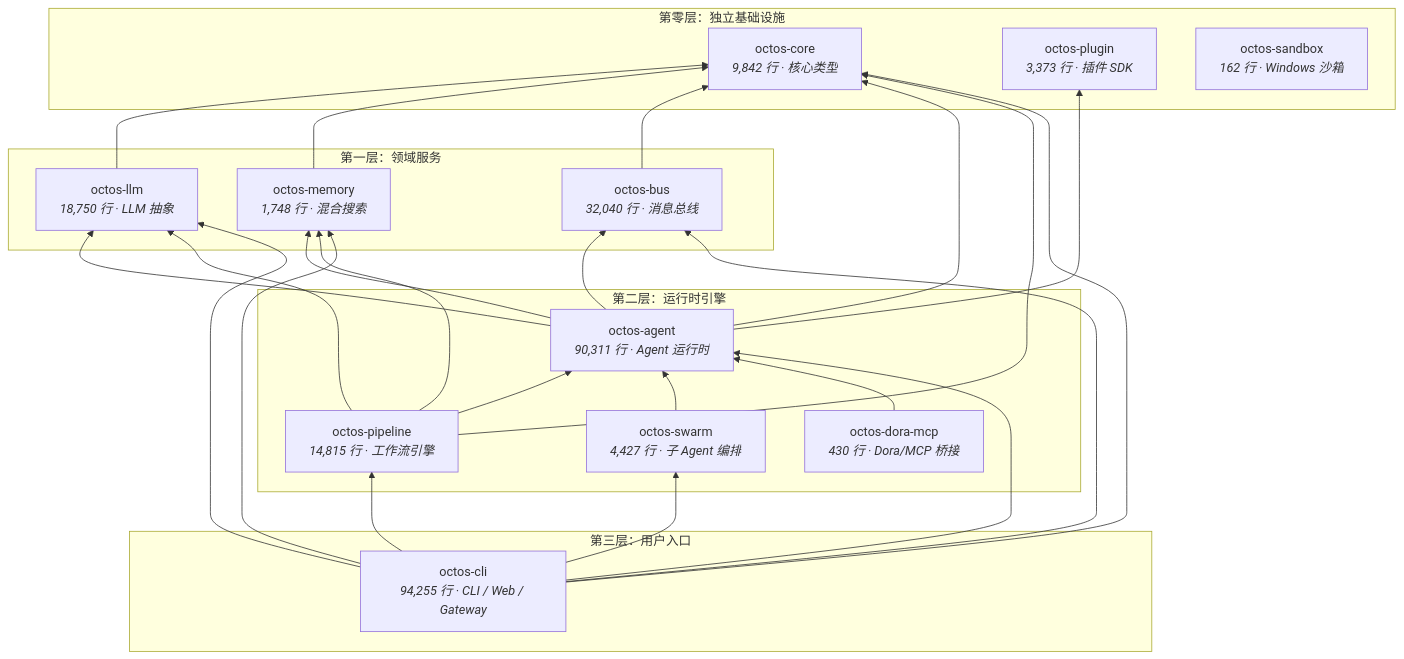
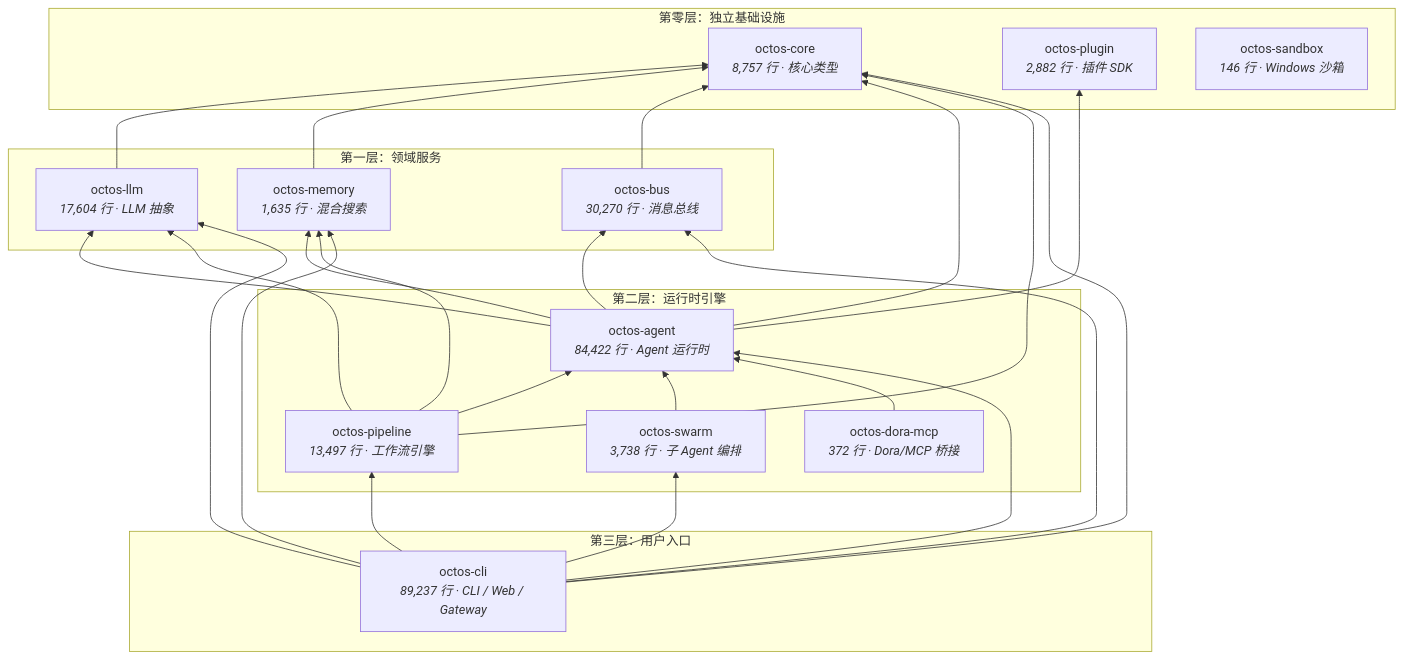
One commit to ZhangHanDong/octos-book changed the diagram in book/src/part1/ch01.md. Above: the diagram before and after it, drawn with Mermaid. The commit also changed other lines of this file and 13 other files, not shown here.

````diff
--- a/book/src/part1/ch01.md
+++ b/book/src/part1/ch01.md
@@ -180,51 +180,51 @@
 ```mermaid
 graph BT
     subgraph "第零层：独立基础设施"
-        core["octos-core<br/><i>9,842 行 · 核心类型</i>"]
-        plugin["octos-plugin<br/><i>3,373 行 · 插件 SDK</i>"]
-        sandbox["octos-sandbox<br/><i>162 行 · Windows 沙箱</i>"]
+        core["octos-core<br/><i>8,757 行 · 核心类型</i>"]
+        plugin["octos-plugin<br/><i>2,882 行 · 插件 SDK</i>"]
+        sandbox["octos-sandbox<br/><i>146 行 · Windows 沙箱</i>"]
     end
 
     subgraph "第一层：领域服务"
-        llm["octos-llm<br/><i>18,750 行 · LLM 抽象</i>"]
-        memory["octos-memory<br/><i>1,748 行 · 混合搜索</i>"]
-        bus["octos-bus<br/><i>32,040 行 · 消息总线</i>"]
+        llm["octos-llm<br/><i>17,604 行 · LLM 抽象</i>"]
+        memory["octos-memory<br/><i>1,635 行 · 混合搜索</i>"]
+        bus["octos-bus<br/><i>30,270 行 · 消息总线</i>"]
     end
 
     subgraph "第二层：运行时引擎"
-        agent["octos-agent<br/><i>90,311 行 · Agent 运行时</i>"]
-        pipeline["octos-pipeline<br/><i>14,815 行 · 工作流引擎</i>"]
-        swarm["octos-swarm<br/><i>4,427 行 · 子 Agent 编排</i>"]
-        dora["octos-dora-mcp<br/><i>430 行 · Dora/MCP 桥接</i>"]
+        agent["octos-agent<br/><i>84,422 行 · Agent 运行时</i>"]
+        pipeline["octos-pipeline<br/><i>13,497 行 · 工作流引擎</i>"]
+        swarm["octos-swarm<br/><i>3,738 行 · 子 Agent 编排</i>"]
+        dora["octos-dora-mcp<br/><i>372 行 · Dora/MCP 桥接</i>"]
     end
 
     subgraph "第三层：用户入口"
-        cli["octos-cli<br/><i>94,255 行 · CLI / Web / Gateway</i>"]
+        cli["octos-cli<br/><i>89,237 行 · CLI / Web / Gateway</i>"]
     end
 
     llm --> core
     memory --> core
     bus --> core
 
     agent --> core
     agent --> bus
     agent --> llm
     agent --> memory
     agent --> plugin
 
     pipeline --> core
     pipeline --> agent
     pipeline --> llm
     pipeline --> memory
 
     swarm --> agent
     dora --> agent
 
     cli --> core
     cli --> agent
     cli --> llm
     cli --> memory
     cli --> pipeline
     cli --> bus
     cli --> swarm
 ```
````
